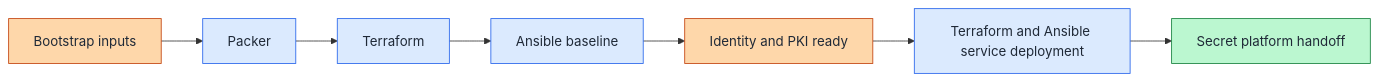
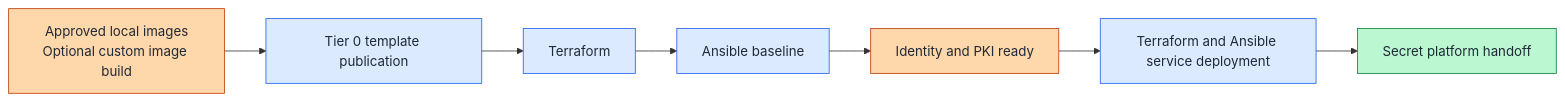
One commit to Rexus/homelab changed the fourth of 4 diagrams in docs/architecture/overview.md. Above: the diagram before and after it, drawn with Mermaid. The commit also changed other lines of this file and 39 other files, not shown here.

Commit message:
feat(tier0): own template lifecycle and add Talos publication

````diff
--- a/docs/architecture/overview.md
+++ b/docs/architecture/overview.md
@@ -190,17 +193,17 @@
 ```mermaid
 flowchart LR
-  A["Bootstrap inputs"] --> B["Packer"]
+  A["Approved local images<br/>Optional custom image build"] --> B["Tier 0 template publication"]
   B --> C["Terraform"]
   C --> D["Ansible baseline"]
   D --> E["Identity and PKI ready"]
   E --> F["Terraform and Ansible service deployment"]
   F --> G["Secret platform handoff"]
 
   classDef mgmtNode fill:#fed7aa,stroke:#c2410c,color:#1f2937
   classDef buildNode fill:#dbeafe,stroke:#2563eb,color:#1f2937
   classDef secretNode fill:#bbf7d0,stroke:#15803d,color:#1f2937
 
   class A,E mgmtNode
   class B,C,D,F buildNode
   class G secretNode
 ```
````
